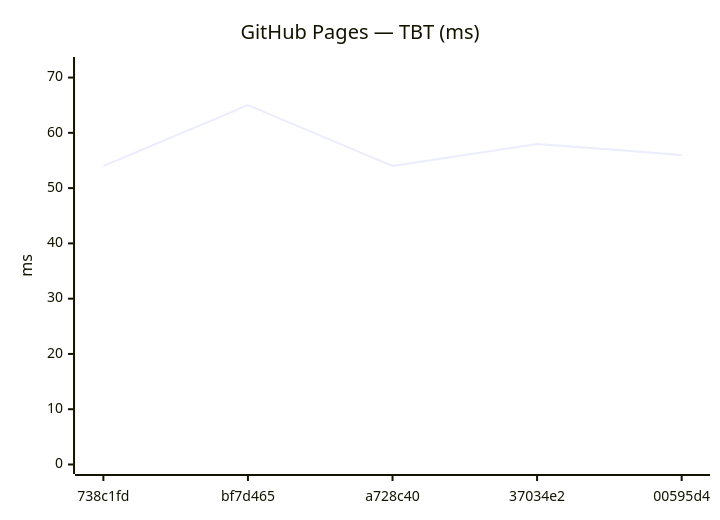
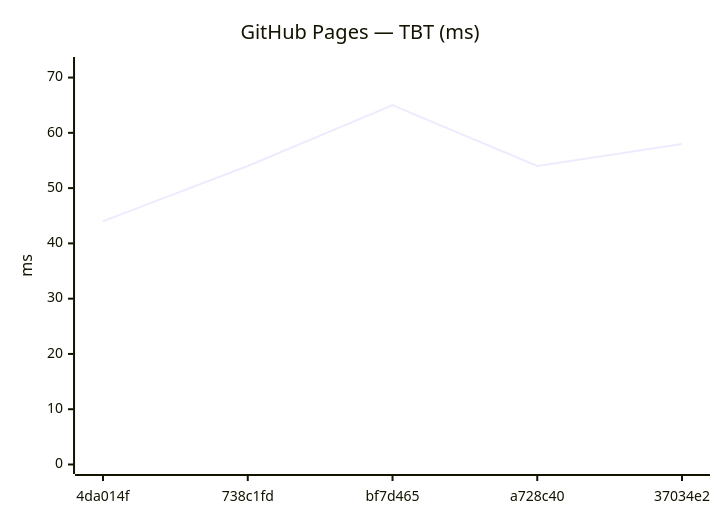
Before and after one commit to Metaheurist/Rianell: diagram 12 of 24 in benchmarks/compare.md, drawn with Mermaid. The commit also changed other lines of this file and 13 other files, not shown here.

````diff
--- a/benchmarks/compare.md
+++ b/benchmarks/compare.md
@@ -176,7 +176,7 @@
 ```mermaid
 xychart-beta
     title "GitHub Pages — TBT (ms)"
-    x-axis ["738c1fd", "bf7d465", "a728c40", "37034e2", "00595d4"]
+    x-axis ["4da014f", "738c1fd", "bf7d465", "a728c40", "37034e2"]
     y-axis "ms" 0 --> 72
-    line [54, 65, 54, 58, 56]
+    line [44, 54, 65, 54, 58]
 ```
````
